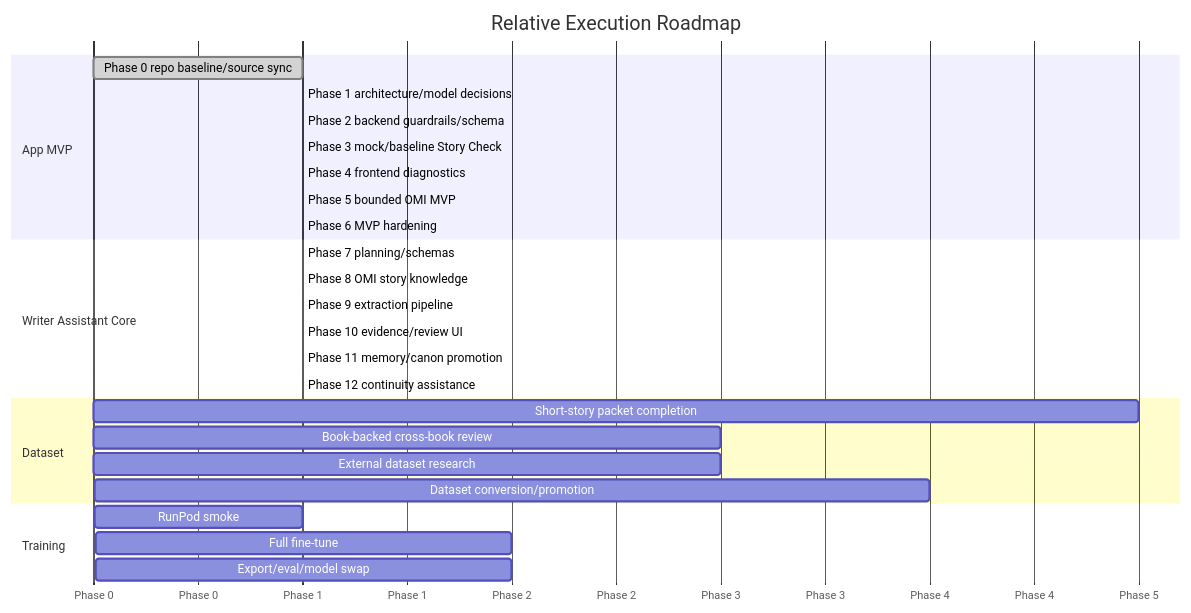
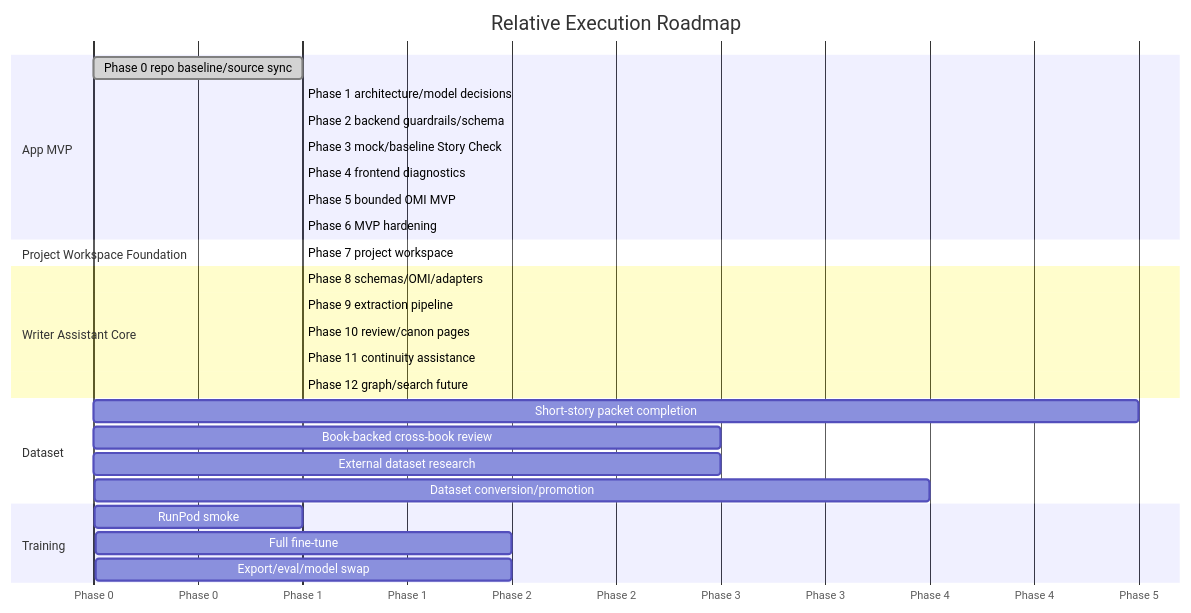
Before and after one commit to telesjr90/writingassistant: the diagram in docs/master_plan.md, drawn with Mermaid. The commit also changed other lines of this file and 16 other files, not shown here.

Commit message:
docs: prioritize pre-dramatica project workspace foundation

````diff
--- a/docs/master_plan.md
+++ b/docs/master_plan.md
@@ -693,30 +737,31 @@
 ```mermaid
 gantt
     title Relative Execution Roadmap
     dateFormat  X
     axisFormat  Phase %s
     section App MVP
     Phase 0 repo baseline/source sync :done, p0, 0, 1
     Phase 1 architecture/model decisions :p1, after p0, 1
     Phase 2 backend guardrails/schema :p2, after p1, 1
     Phase 3 mock/baseline Story Check :p3, after p2, 1
     Phase 4 frontend diagnostics     :p4, after p3, 1
     Phase 5 bounded OMI MVP          :p5, after p4, 1
     Phase 6 MVP hardening            :p6, after p5, 1
+    section Project Workspace Foundation
+    Phase 7 project workspace        :workspace7, after p6, 1
     section Writer Assistant Core
-    Phase 7 planning/schemas         :core7, after p6, 1
-    Phase 8 OMI story knowledge      :core8, after core7, 1
+    Phase 8 schemas/OMI/adapters     :core8, after workspace7, 1
     Phase 9 extraction pipeline      :core9, after core8, 1
-    Phase 10 evidence/review UI      :core10, after core9, 1
-    Phase 11 memory/canon promotion  :core11, after core10, 1
-    Phase 12 continuity assistance   :core12, after core11, 1
+    Phase 10 review/canon pages      :core10, after core9, 1
+    Phase 11 continuity assistance   :core11, after core10, 1
+    Phase 12 graph/search future     :core12, after core11, 1
     section Dataset
     Short-story packet completion    :packets, 1, 5
     Book-backed cross-book review    :books, 2, 3
     External dataset research        :external, 2, 3
     Dataset conversion/promotion     :promotion, 4, 4
     section Training
     RunPod smoke                     :smoke, 7, 1
     Full fine-tune                   :train, 8, 2
     Export/eval/model swap           :deploy, 10, 2
 ```
````
